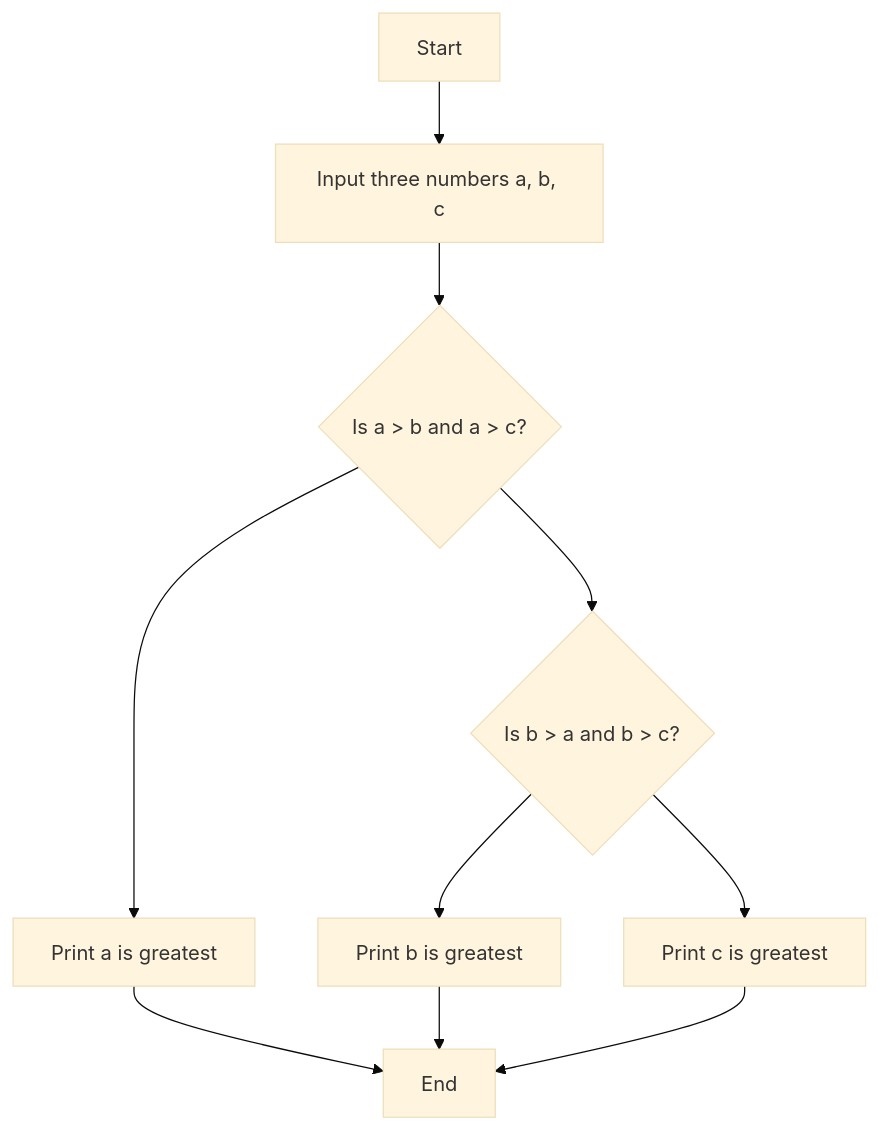
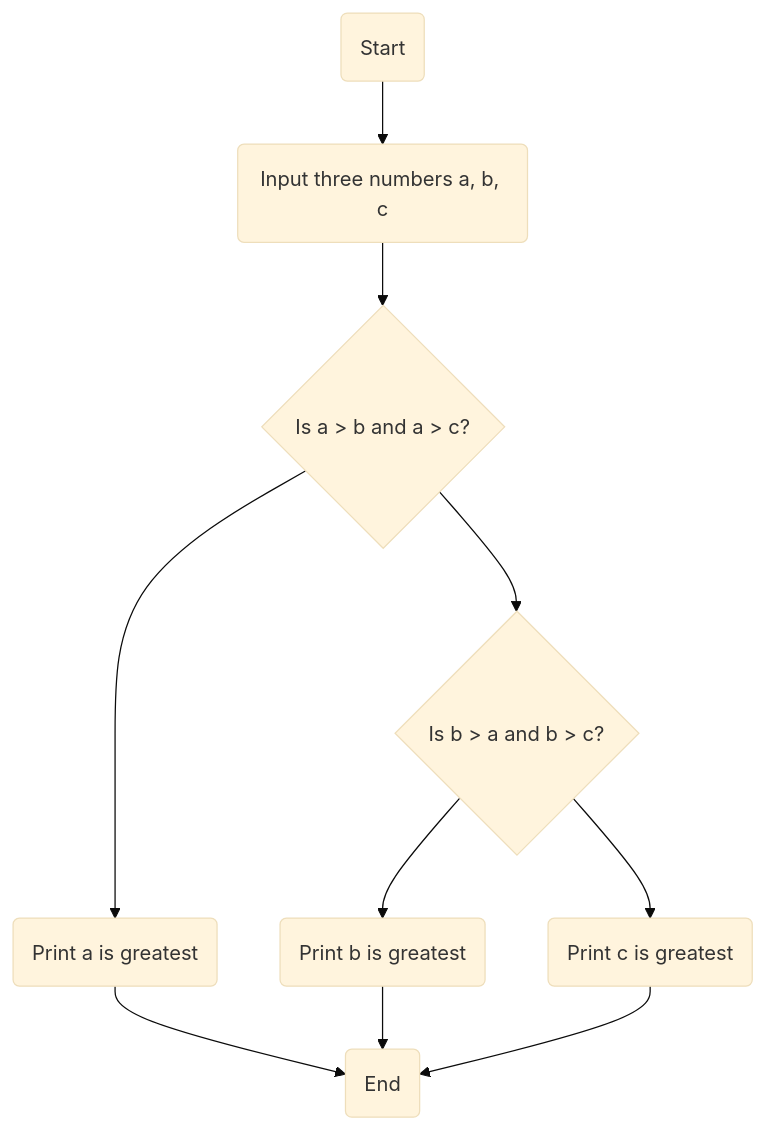
Before and after one commit to mantejjosan/ppslab: the second of 2 diagrams in assignment1.md, drawn with Mermaid (base theme). The commit also changed other lines of this file, not shown here.

```diff
--- a/assignment1.md
+++ b/assignment1.md
@@ -146,12 +146,12 @@
 <div class="mermaid">
-graph TD;
-    A[Start] --> B[Input three numbers a, b, c]
+flowchart TD
+    A(Start) --> B(Input three numbers a, b, c)
     B --> C{Is a > b and a > c?}
-    C --> D[Print a is greatest]
+    C --> D(Print a is greatest)
     C --> E{Is b > a and b > c?}
-    E --> F[Print b is greatest]
-    E --> G[Print c is greatest]
-    D --> H[End]
+    E --> F(Print b is greatest)
+    E --> G(Print c is greatest)
+    D --> H(End)
     F --> H
     G --> H
 </div> 
```
